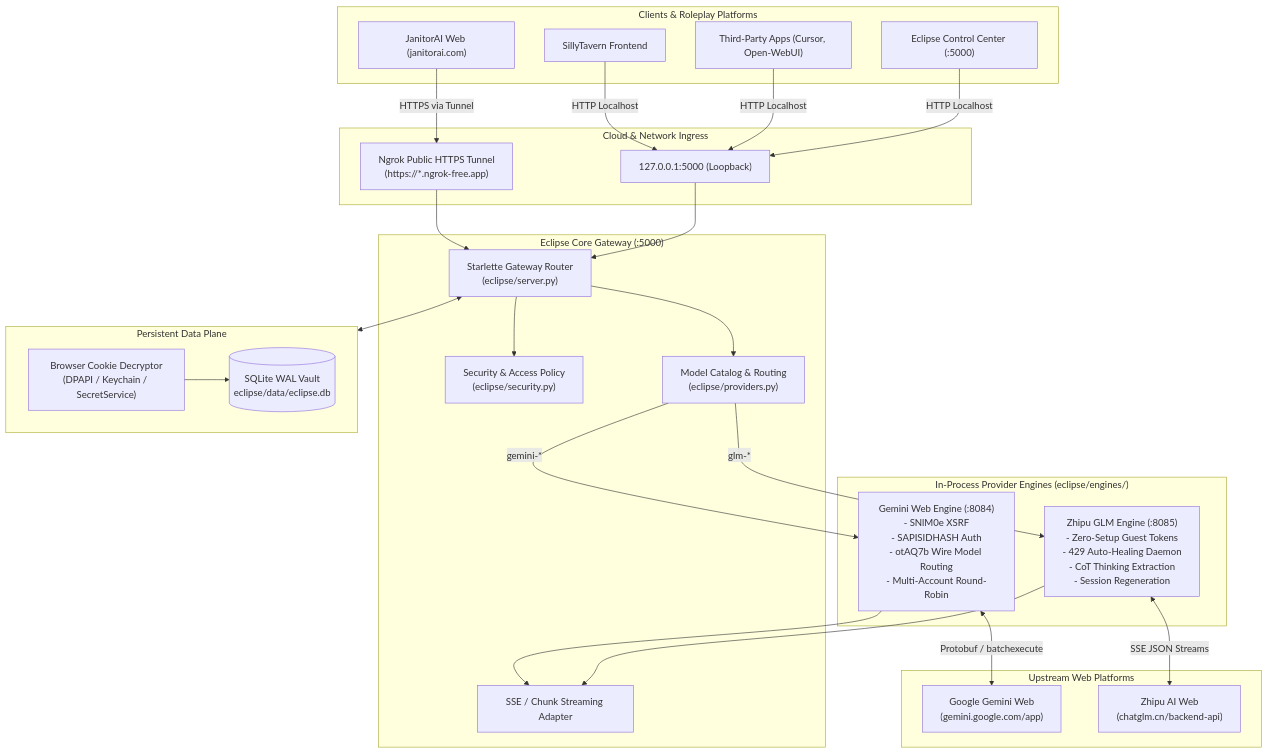
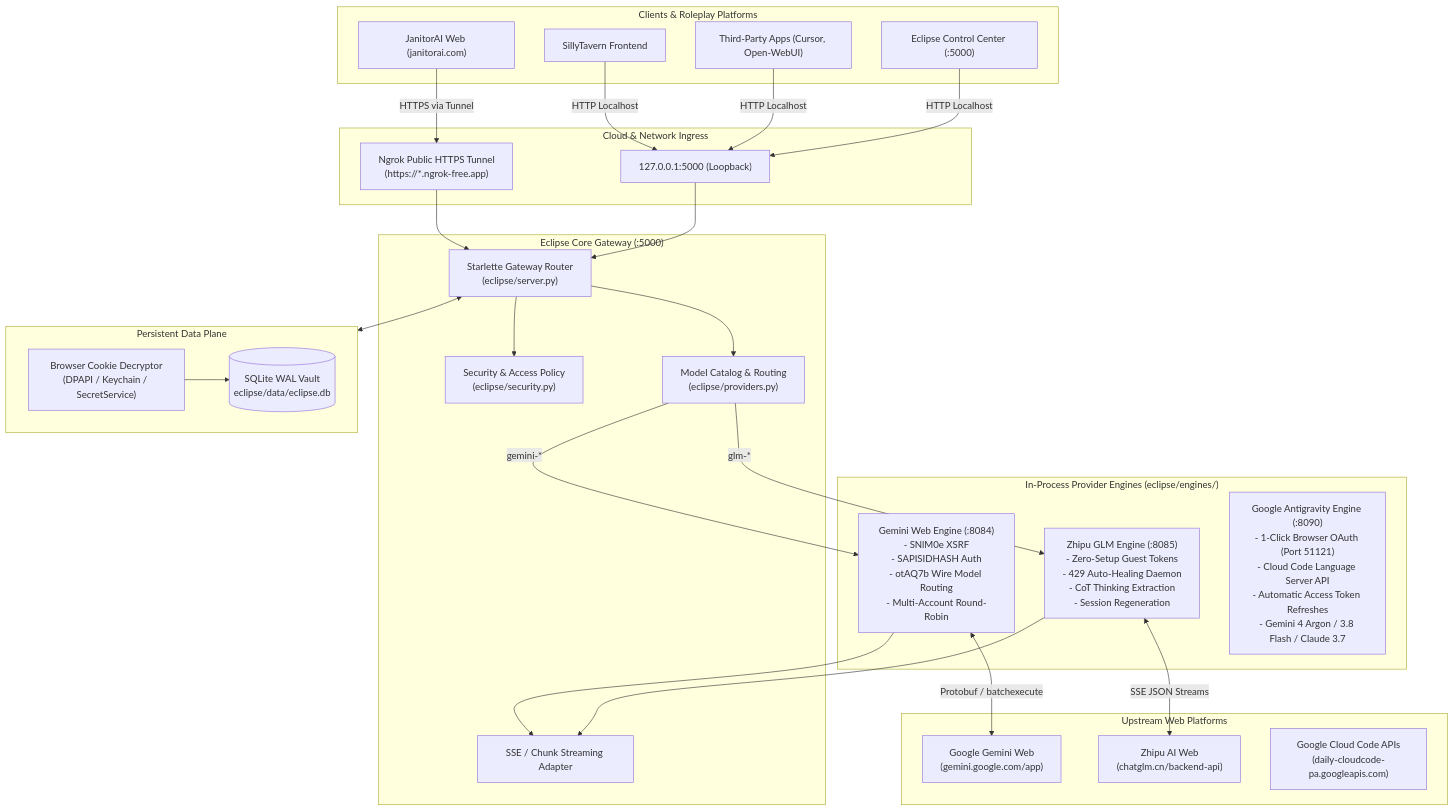
The first of 2 diagrams in ARCHITECTURE.md (InsomniacZero/Eclipse), drawn with Mermaid before and after one commit. The commit also changed other lines of this file and 19 other files, not shown here.

````diff
--- a/ARCHITECTURE.md
+++ b/ARCHITECTURE.md
@@ -38,58 +38,60 @@
 ```mermaid
 flowchart TD
     subgraph Clients["Clients & Roleplay Platforms"]
         JAI["JanitorAI Web (janitorai.com)"]
         ST["SillyTavern Frontend"]
         ExtApps["Third-Party Apps (Cursor, Open-WebUI)"]
         LocalUI["Eclipse Control Center (:5000)"]
     end
 
     subgraph TunnelPlane["Cloud & Network Ingress"]
         LocalBind["127.0.0.1:5000 (Loopback)"]
         NgrokTunnel["Ngrok Public HTTPS Tunnel<br/>(https://*.ngrok-free.app)"]
     end
 
     subgraph Gateway["Eclipse Core Gateway (:5000)"]
         Router["Starlette Gateway Router<br/>(eclipse/server.py)"]
         AuthSecurity["Security & Access Policy<br/>(eclipse/security.py)"]
         ModelResolver["Model Catalog & Routing<br/>(eclipse/providers.py)"]
         StreamAdapter["SSE / Chunk Streaming Adapter"]
     end
 
     subgraph StatePlane["Persistent Data Plane"]
         Vault[("SQLite WAL Vault<br/>eclipse/data/eclipse.db")]
         CookieAuto["Browser Cookie Decryptor<br/>(DPAPI / Keychain / SecretService)"]
     end
 
     subgraph Engines["In-Process Provider Engines (eclipse/engines/)"]
         GeminiEng["Gemini Web Engine (:8084)<br/>- SNlM0e XSRF<br/>- SAPISIDHASH Auth<br/>- otAQ7b Wire Model Routing<br/>- Multi-Account Round-Robin"]
         GLMEng["Zhipu GLM Engine (:8085)<br/>- Zero-Setup Guest Tokens<br/>- 429 Auto-Healing Daemon<br/>- CoT Thinking Extraction<br/>- Session Regeneration"]
+        AGYEng["Google Antigravity Engine (:8090)<br/>- 1-Click Browser OAuth (Port 51121)<br/>- Cloud Code Language Server API<br/>- Automatic Access Token Refreshes<br/>- Gemini 4 Argon / 3.8 Flash / Claude 3.7"]
     end
 
     subgraph Upstream["Upstream Web Platforms"]
         WebGemini["Google Gemini Web<br/>(gemini.google.com/app)"]
         WebGLM["Zhipu AI Web<br/>(chatglm.cn/backend-api)"]
+        CloudCode["Google Cloud Code APIs<br/>(daily-cloudcode-pa.googleapis.com)"]
     end
 
     JAI -->|HTTPS via Tunnel| NgrokTunnel
     ST -->|HTTP Localhost| LocalBind
     ExtApps -->|HTTP Localhost| LocalBind
     LocalUI -->|HTTP Localhost| LocalBind
 
     NgrokTunnel --> Router
     LocalBind --> Router
 
     Router --> AuthSecurity
     Router --> ModelResolver
     Router <--> StatePlane
     CookieAuto --> Vault
 
     ModelResolver -->|gemini-*| GeminiEng
     ModelResolver -->|glm-*| GLMEng
 
     GeminiEng --> StreamAdapter
     GLMEng --> StreamAdapter
 
     GeminiEng <-->|Protobuf / batchexecute| WebGemini
     GLMEng <-->|SSE JSON Streams| WebGLM
 ```
````
